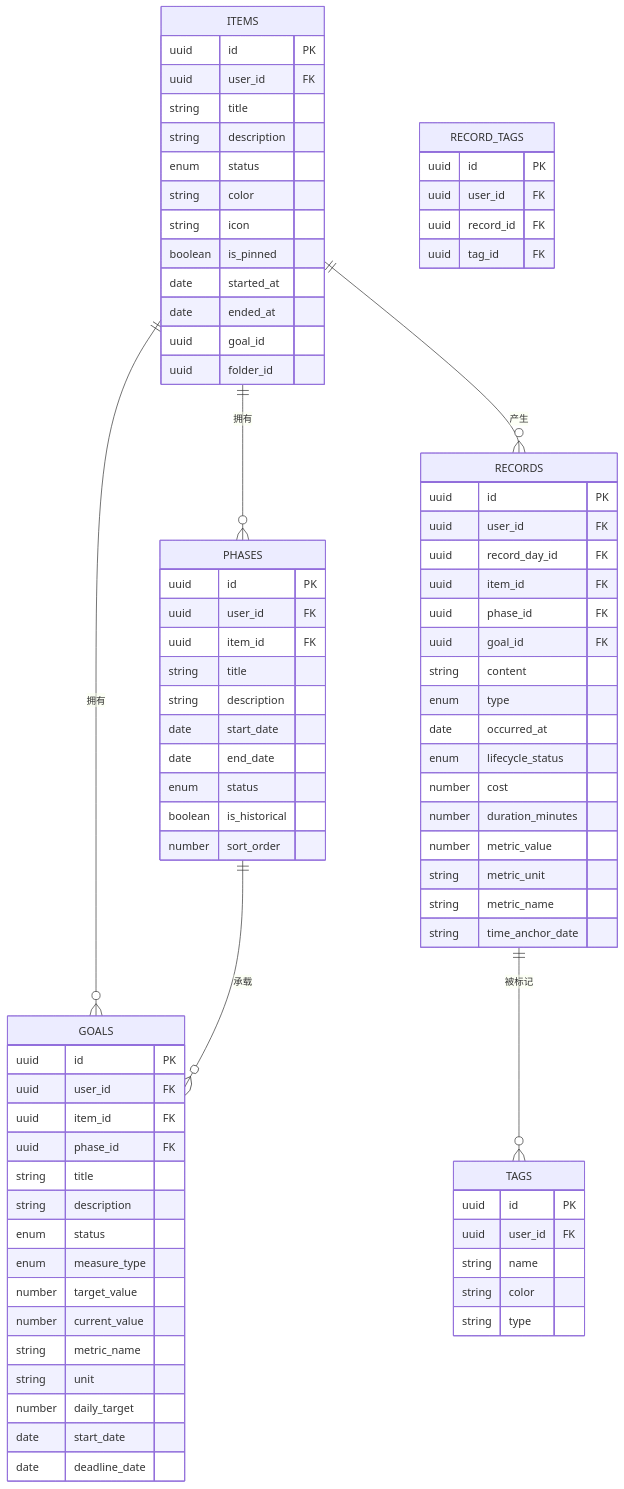
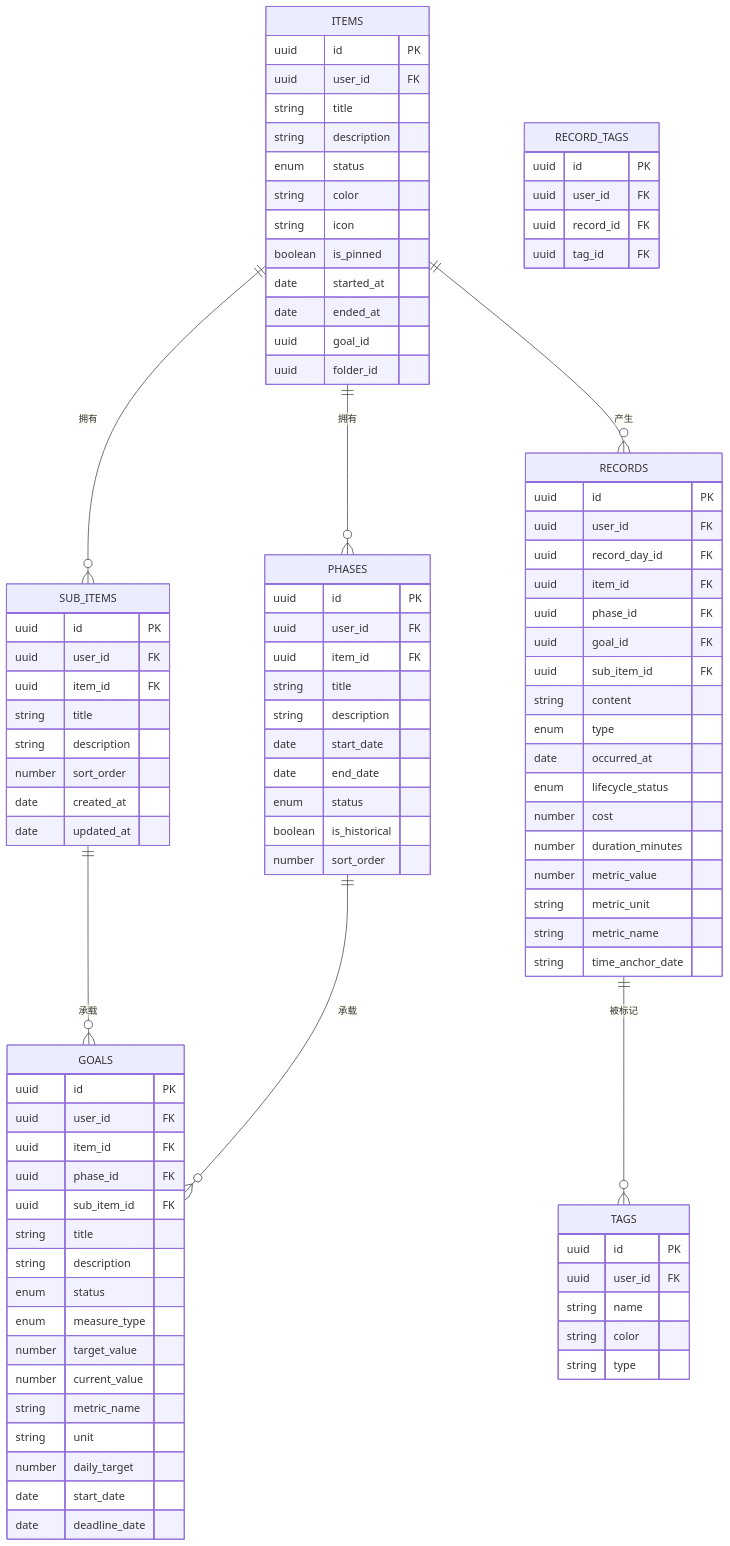
The ninth of 9 diagrams in .qoder/repowiki/zh/content/API接口文档/项目API.md (bbong1234/TETO), drawn with Mermaid before and after one commit. The commit also changed other lines of this file and 10 other files, not shown here.

```diff
--- a/.qoder/repowiki/zh/content/API接口文档/项目API.md
+++ b/.qoder/repowiki/zh/content/API接口文档/项目API.md
@@ -462,11 +700,22 @@
 uuid goal_id
 uuid folder_id
 }
+SUB_ITEMS {
+uuid id PK
+uuid user_id FK
+uuid item_id FK
+string title
+string description
+number sort_order
+date created_at
+date updated_at
+}
 GOALS {
 uuid id PK
 uuid user_id FK
 uuid item_id FK
 uuid phase_id FK
+uuid sub_item_id FK
 string title
 string description
 enum status
@@ -498,6 +747,7 @@
 uuid item_id FK
 uuid phase_id FK
 uuid goal_id FK
+uuid sub_item_id FK
 string content
 enum type
 date occurred_at
@@ -522,8 +772,9 @@
 uuid record_id FK
 uuid tag_id FK
 }
+ITEMS ||--o{ SUB_ITEMS : "拥有"
+SUB_ITEMS ||--o{ GOALS : "承载"
 ITEMS ||--o{ PHASES : "拥有"
-ITEMS ||--o{ GOALS : "拥有"
 ITEMS ||--o{ RECORDS : "产生"
 PHASES ||--o{ GOALS : "承载"
 RECORDS ||--o{ TAGS : "被标记"
```
